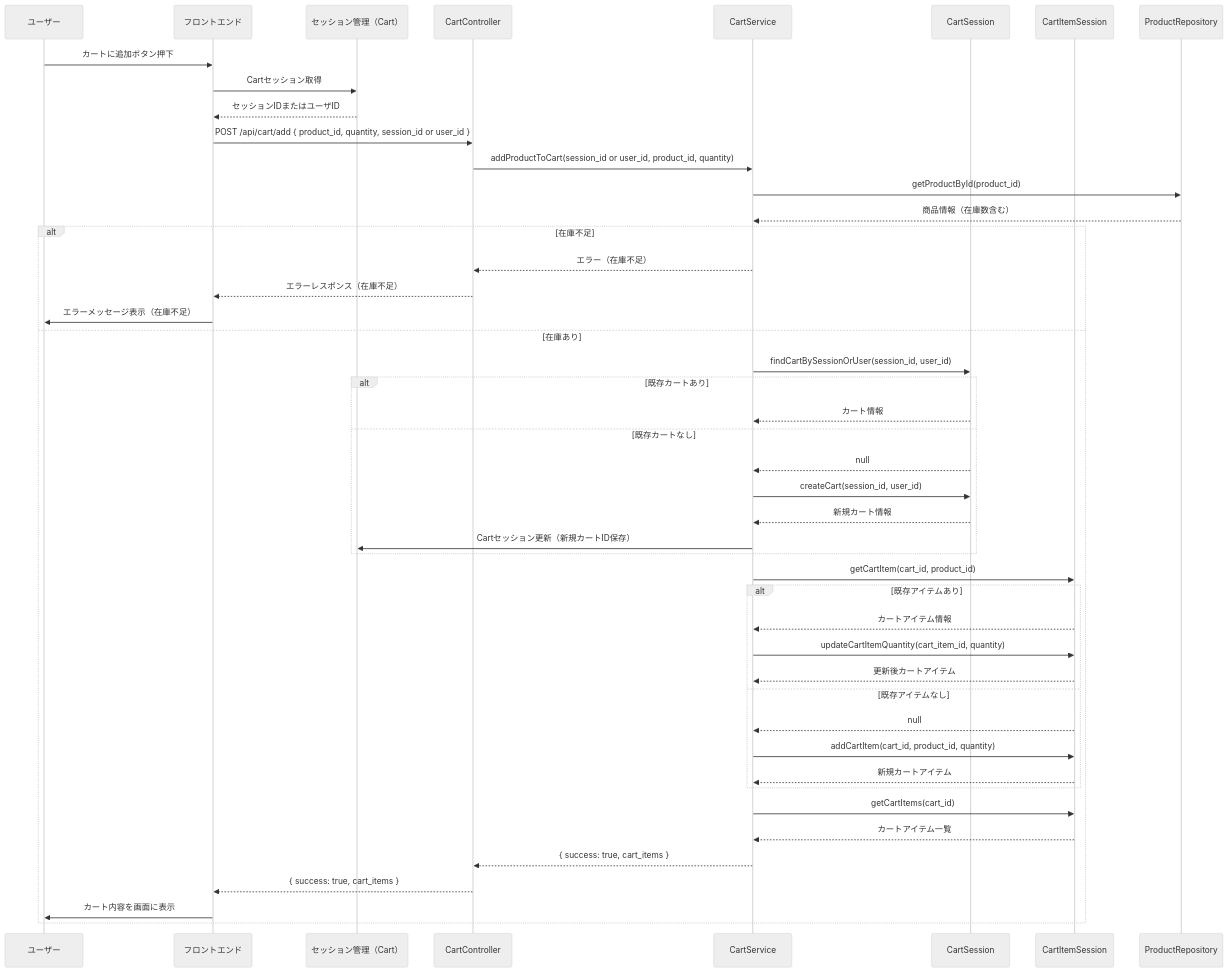
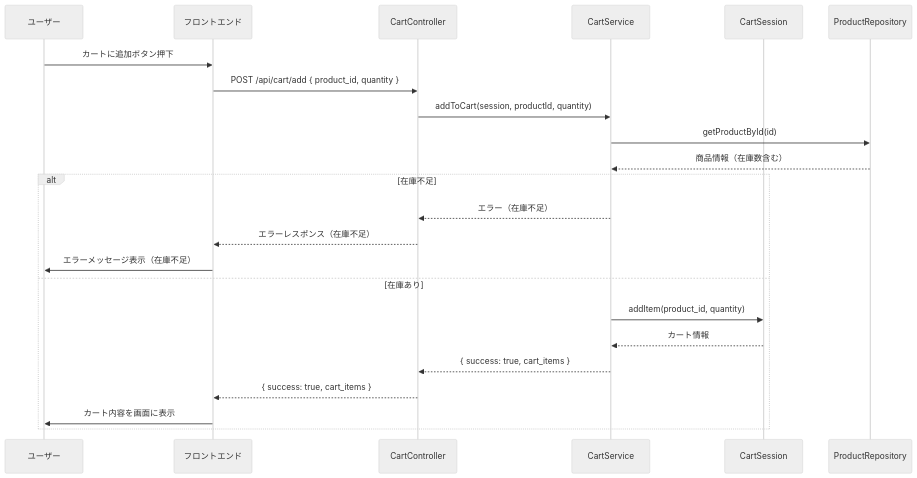
The third of 36 diagrams in 詳細設計/担当B_村田/3.2 機能詳細.md (Aoi-Yaegashi/teamF), drawn with Mermaid (neutral theme) before and after one commit.

Commit message:
F03修正

```diff
--- a/詳細設計/担当B_村田/3.2 機能詳細.md
+++ b/詳細設計/担当B_村田/3.2 機能詳細.md
@@ -87,74 +87,43 @@
    <div class="mermaid">
    sequenceDiagram
     participant User as ユーザー
     participant FE as フロントエンド
-    participant Session as セッション管理（Cart）
     participant CartC as CartController
     participant CartS as CartService
     participant CartRepo as CartSession
-    participant CartItemRepo as CartItemSession
     participant ProdRepo as ProductRepository
 
     %% 1. ユーザーが「カートに追加」ボタンを押す
     User->>FE: カートに追加ボタン押下
 
-    %% 2. フロントエンドがCartセッション（セッションIDまたはユーザID）を取得
-    FE->>Session: Cartセッション取得
-    Session-->>FE: セッションIDまたはユーザID
+    %% 2. フロントエンドがAPI呼び出し
+    FE->>CartC: POST /api/cart/add { product_id, quantity }
 
-    %% 3. フロントエンドがAPI呼び出し
-    FE->>CartC: POST /api/cart/add { product_id, quantity, session_id or user_id }
+    %% 3. コントローラがサービスに処理を依頼
+    CartC->>CartS: addToCart(session, productId, quantity)
 
-    %% 4. コントローラがサービスに処理を依頼
-    CartC->>CartS: addProductToCart(session_id or user_id, product_id, quantity)
-
-    %% 5. サービスが商品情報を取得（在庫チェックのため）
-    CartS->>ProdRepo: getProductById(product_id)
+    %% 4. サービスが商品情報を取得（在庫チェックのため）
+    CartS->>ProdRepo: getProductById(id)
     ProdRepo-->>CartS: 商品情報（在庫数含む）
 
-    %% 6. サービスが在庫チェック
+    %% 5. サービスが在庫チェック
     alt 在庫不足
         CartS-->>CartC: エラー（在庫不足）
         CartC-->>FE: エラーレスポンス（在庫不足）
         FE->>User: エラーメッセージ表示（在庫不足）
     else 在庫あり
-        %% 7. サービスがCartセッションで既存カートの有無を確認
-        CartS->>CartRepo: findCartBySessionOrUser(session_id, user_id)
-        alt 既存カートあり
+        %% 6. サービスがCartセッションで既存カートの有無を確認
+        CartS->>CartRepo: addItem(product_id, quantity)
+        
             CartRepo-->>CartS: カート情報
-        else 既存カートなし
-            CartRepo-->>CartS: null
-            %% 新規カートを作成し、Cartセッションに保存
-            CartS->>CartRepo: createCart(session_id, user_id)
-            CartRepo-->>CartS: 新規カート情報
-            CartS->>Session: Cartセッション更新（新規カートID保存）
-        end
 
-        %% 8. サービスがカートアイテムの有無を確認
-        CartS->>CartItemRepo: getCartItem(cart_id, product_id)
-        alt 既存アイテムあり
-            CartItemRepo-->>CartS: カートアイテム情報
-            %% 数量加算
-            CartS->>CartItemRepo: updateCartItemQuantity(cart_item_id, quantity)
-            CartItemRepo-->>CartS: 更新後カートアイテム
-        else 既存アイテムなし
-            CartItemRepo-->>CartS: null
-            %% 新規アイテム追加
-            CartS->>CartItemRepo: addCartItem(cart_id, product_id, quantity)
-            CartItemRepo-->>CartS: 新規カートアイテム
-        end
-
-        %% 9. サービスが最新カート内容を取得
-        CartS->>CartItemRepo: getCartItems(cart_id)
-        CartItemRepo-->>CartS: カートアイテム一覧
-
-        %% 10. サービスがコントローラに返却
+        %% 7. サービスがコントローラに返却
         CartS-->>CartC: { success: true, cart_items }
 
-        %% 11. コントローラがフロントエンドにレスポンス
+        %% 8. コントローラがフロントエンドにレスポンス
         CartC-->>FE: { success: true, cart_items }
 
-        %% 12. フロントエンドがカートページに反映
+        %% 9. フロントエンドがカートページに反映
         FE->>User: カート内容を画面に表示
     end
 </div>
```
